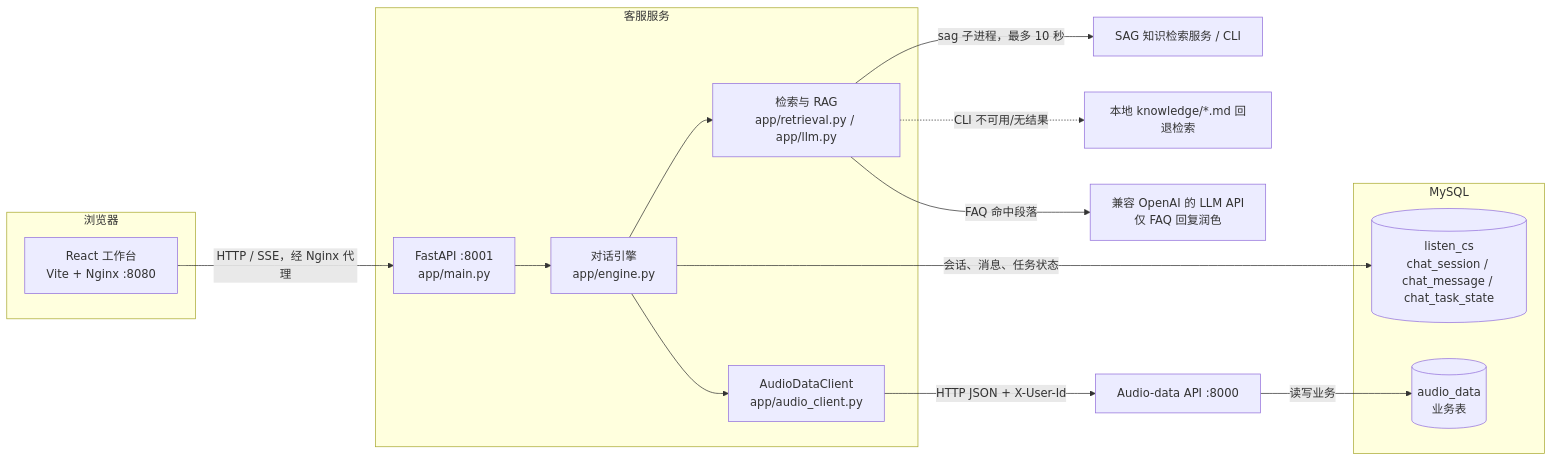
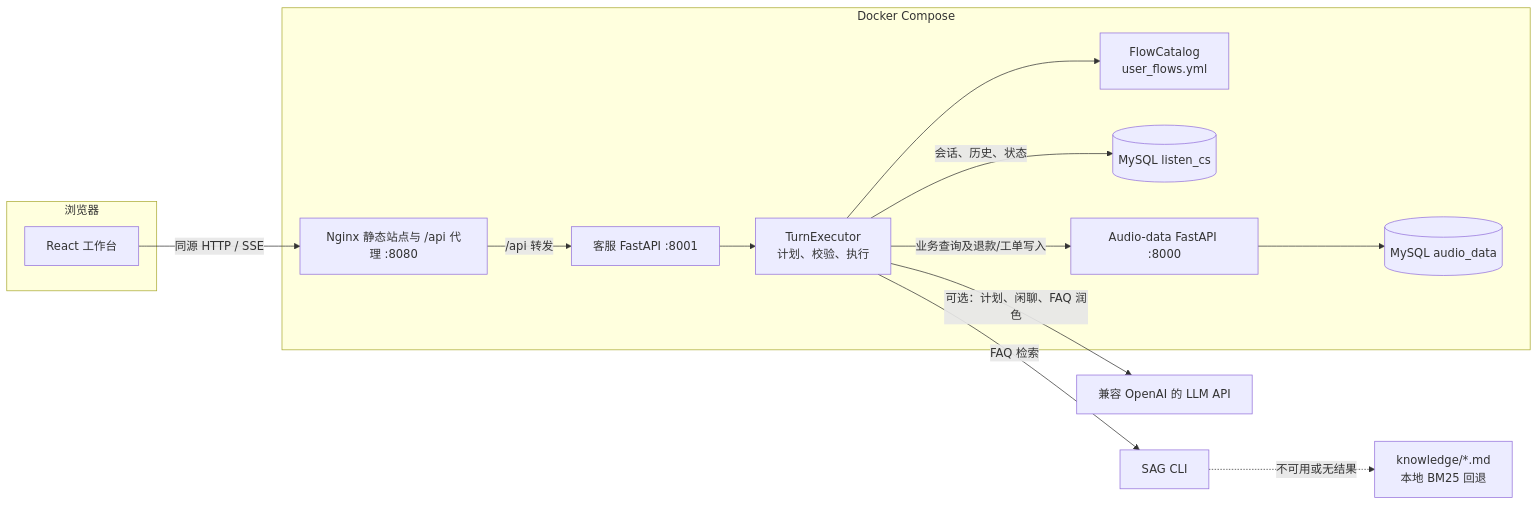
Before and after one commit to lrj021029/audio-book: the first of 3 diagrams in docs/ARCHITECTURE.md, drawn with Mermaid. The commit also changed other lines of this file and 4 other files, not shown here.

````diff
--- a/docs/ARCHITECTURE.md
+++ b/docs/ARCHITECTURE.md
@@ -5,29 +5,29 @@
 ```mermaid
 flowchart LR
   subgraph Browser[浏览器]
-    React[React 工作台<br/>Vite + Nginx :8080]
+    UI[React 工作台]
   end
-  subgraph Backend[客服服务]
-    FastAPI[FastAPI :8001<br/>app/main.py]
-    Engine[对话引擎<br/>app/engine.py]
-    Retrieval[检索与 RAG<br/>app/retrieval.py / app/llm.py]
-    Client[AudioDataClient<br/>app/audio_client.py]
+  subgraph Compose[Docker Compose]
+    Nginx[Nginx 静态站点与 /api 代理 :8080]
+    CS[客服 FastAPI :8001]
+    Engine[TurnExecutor<br/>计划、校验、执行]
+    Catalog[FlowCatalog<br/>user_flows.yml]
+    CDB[(MySQL listen_cs)]
+    AD[Audio-data FastAPI :8000]
+    ADB[(MySQL audio_data)]
   end
-  subgraph Databases[MySQL]
-    CS[(listen_cs<br/>chat_session / chat_message / chat_task_state)]
-    AD[(audio_data<br/>业务表)]
-  end
-  SAG[SAG 知识检索服务 / CLI]
-  LocalKB[本地 knowledge/*.md 回退检索]
-  LLM[兼容 OpenAI 的 LLM API<br/>仅 FAQ 回复润色]
-  React -->|HTTP / SSE，经 Nginx 代理| FastAPI
-  FastAPI --> Engine
-  Engine -->|会话、消息、任务状态| CS
-  Engine --> Client
-  Client -->|HTTP JSON + X-User-Id| FastAPI2[Audio-data API :8000]
-  FastAPI2 -->|读写业务| AD
-  Engine --> Retrieval
-  Retrieval -->|sag 子进程，最多 10 秒| SAG
-  Retrieval -. CLI 不可用/无结果 .-> LocalKB
-  Retrieval -->|FAQ 命中段落| LLM
+  RAG[SAG CLI]
+  KB[knowledge/*.md<br/>本地 BM25 回退]
+  LLM[兼容 OpenAI 的 LLM API]
+
+  UI -->|同源 HTTP / SSE| Nginx
+  Nginx -->|/api 转发| CS
+  CS --> Engine
+  Engine -->|会话、历史、状态| CDB
+  Engine --> Catalog
+  Engine -->|业务查询及退款/工单写入| AD
+  AD --> ADB
+  Engine -->|FAQ 检索| RAG
+  RAG -. 不可用或无结果 .-> KB
+  Engine -->|可选：计划、闲聊、FAQ 润色| LLM
 ```
````
